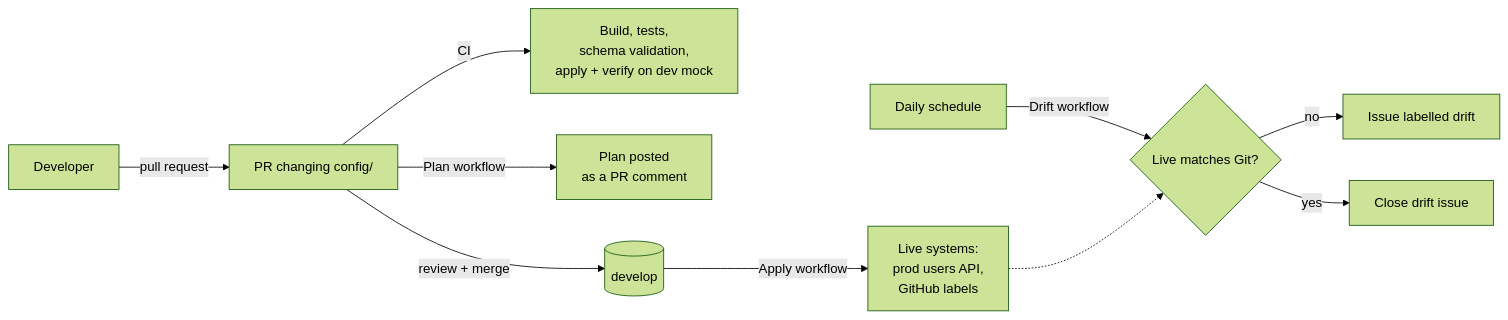
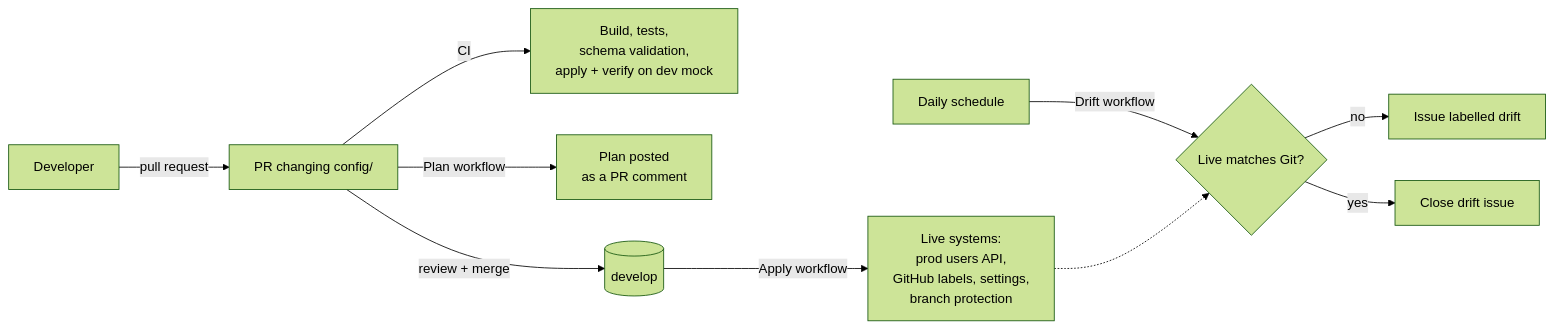
Before and after one commit to emmanuelalozie/gitops: the diagram in README.md, drawn with Mermaid (forest theme). The commit also changed other lines of this file and 30 other files, not shown here.

First line of the commit message:
Manage repo settings and branch protection from Git, add a real prod API and releases

````diff
--- a/README.md
+++ b/README.md
@@ -106,12 +110,12 @@
 ```mermaid
 flowchart LR
     dev[Developer] -- pull request --> pr[PR changing config/]
     pr -- CI --> checks[Build, tests,<br>schema validation,<br>apply + verify on dev mock]
     pr -- Plan workflow --> comment[Plan posted<br>as a PR comment]
     pr -- review + merge --> main[(develop)]
-    main -- Apply workflow --> live[Live systems:<br>prod users API,<br>GitHub labels]
+    main -- Apply workflow --> live[Live systems:<br>prod users API,<br>GitHub labels, settings,<br>branch protection]
     cron[Daily schedule] -- Drift workflow --> check{Live matches Git?}
     live -.-> check
     check -- no --> issue[Issue labelled drift]
     check -- yes --> close[Close drift issue]
 ```
````
